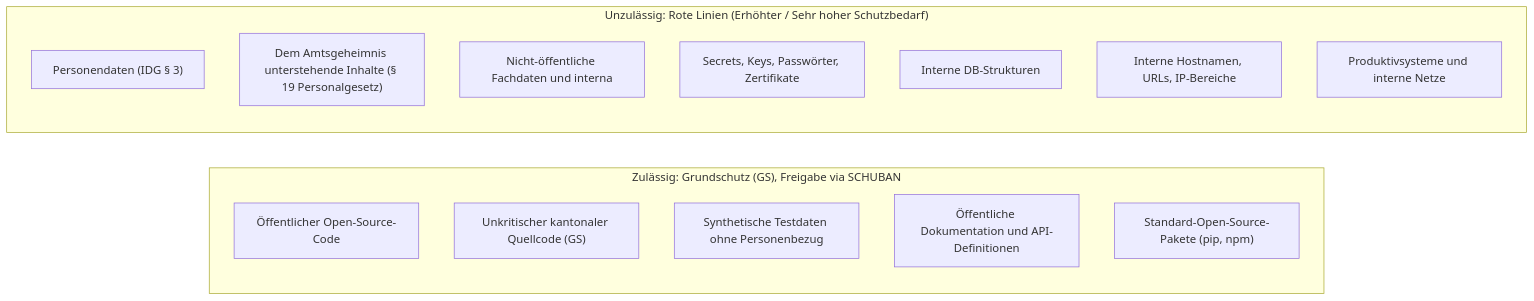
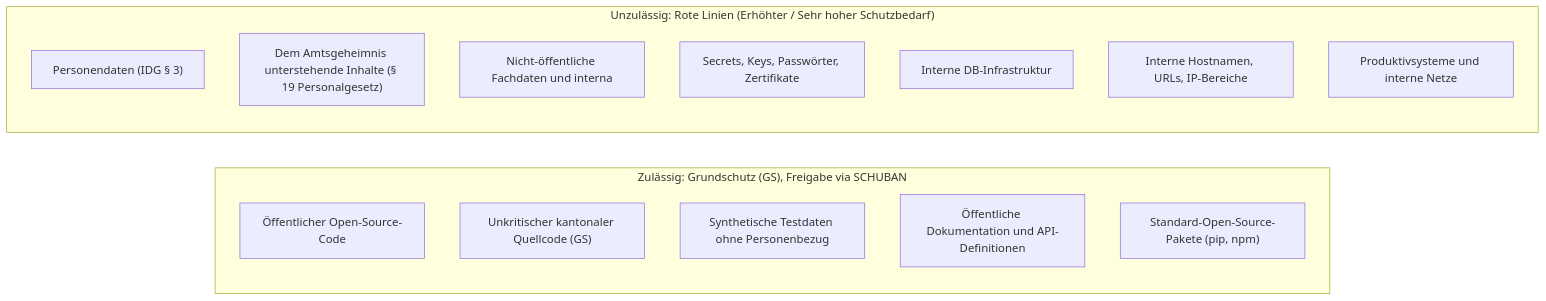
Before and after one commit to DCC-BS/ai-coding-agent-config: the first of 3 diagrams in Leitfaden.md, drawn with Mermaid. The commit also changed other lines of this file, not shown here.

Commit message:
RL5: ORM-Schema zu DB-Infrastruktur abgrenzen.

````diff
--- a/Leitfaden.md
+++ b/Leitfaden.md
@@ -79,21 +79,21 @@
 ```mermaid
 flowchart LR
     subgraph GS["Zulässig: Grundschutz (GS), Freigabe via SCHUBAN"]
         direction TB
         GS1["Öffentlicher Open-Source-Code"]
         GS2["Unkritischer kantonaler Quellcode (GS)"]
         GS3["Synthetische Testdaten ohne Personenbezug"]
         GS4["Öffentliche Dokumentation und API-Definitionen"]
         GS5["Standard-Open-Source-Pakete (pip, npm)"]
     end
     subgraph RL["Unzulässig: Rote Linien (Erhöhter / Sehr hoher Schutzbedarf)"]
         direction TB
         RL1["Personendaten (IDG § 3)"]
         RL2["Dem Amtsgeheimnis unterstehende Inhalte (§ 19 Personalgesetz)"]
         RL3["Nicht-öffentliche Fachdaten und interna"]
         RL4["Secrets, Keys, Passwörter, Zertifikate"]
-        RL5["Interne DB-Strukturen"]
+        RL5["Interne DB-Infrastruktur "]
         RL6["Interne Hostnamen, URLs, IP-Bereiche"]
         RL7["Produktivsysteme und interne Netze"]
     end
 ```
````
